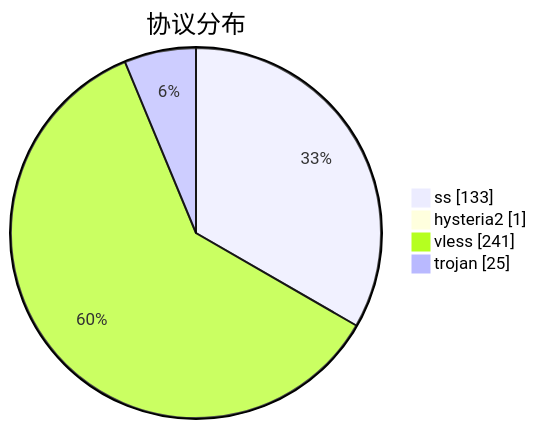
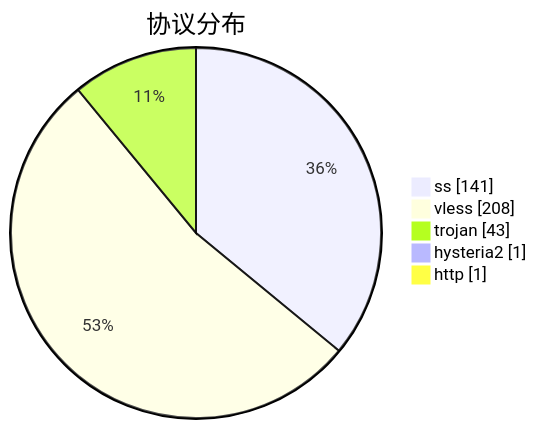
The third of 3 diagrams in subs/statistics/tested_within.md (qjlxg/airport), drawn with Mermaid before and after one commit. The commit also changed other lines of this file and 2 other files, not shown here.

````diff
--- a/subs/statistics/tested_within.md
+++ b/subs/statistics/tested_within.md
@@ -18,8 +19,9 @@
 ```mermaid
 pie showData
 title 协议分布
-"ss" : 133
+"ss" : 141
+"vless" : 208
+"trojan" : 43
 "hysteria2" : 1
-"vless" : 241
-"trojan" : 25
+"http" : 1
 ```
````
